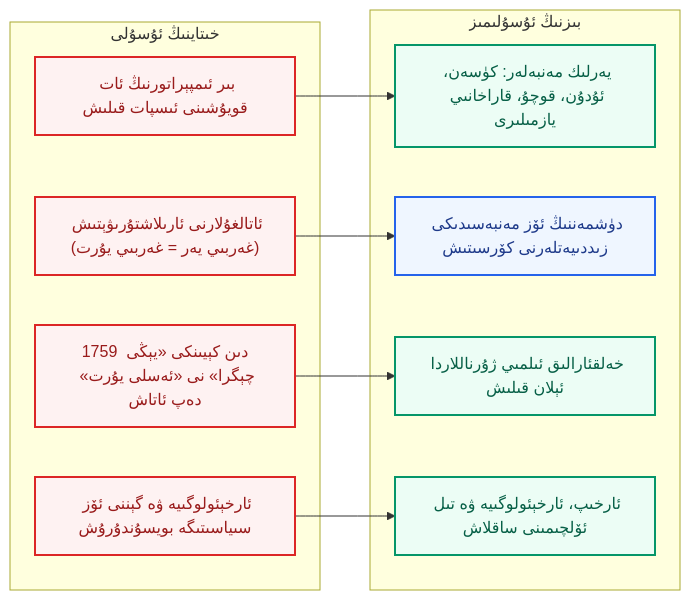
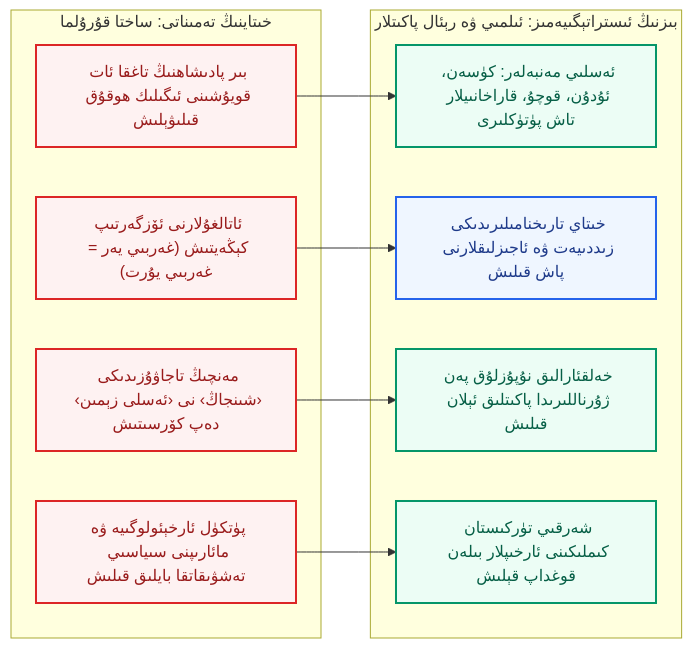
The fourth of 4 diagrams in _posts/2026-10-25-Kunlun-Medeniyiti-We-Sherqiy-Turkistan-Tarix-Burmilash.md (UyCoder/paydilar), drawn with Mermaid before and after one commit. The commit also changed other lines of this file and 2 other files, not shown here.

````diff
--- a/_posts/2026-10-25-Kunlun-Medeniyiti-We-Sherqiy-Turkistan-Tarix-Burmilash.md
+++ b/_posts/2026-10-25-Kunlun-Medeniyiti-We-Sherqiy-Turkistan-Tarix-Burmilash.md
@@ -202,23 +219,25 @@
 ```mermaid
 flowchart LR
     classDef bad fill:#fef2f2,stroke:#dc2626,stroke-width:2px,color:#991b1b;
     classDef good fill:#ecfdf5,stroke:#059669,stroke-width:2px,color:#065f46;
     classDef mid fill:#eff6ff,stroke:#2563eb,stroke-width:2px,color:#1e3a8a;
 
-    subgraph B["خىتاينىڭ ئۇسۇلى"]
-        B1["بىر ئىمپېراتورنىڭ ئات قويۇشىنى ئىسپات قىلىش"]:::bad
-        B2["ئاتالغۇلارنى ئارىلاشتۇرىۋېتىش (غەربىي يەر = غەربىي يۇرت)"]:::bad
-        B3["1759 دىن كېيىنكى «يېڭى چېگرا» نى «ئەسلى يۇرت» دەپ ئاتاش"]:::bad
-        B4["ئارخېئولوگىيە ۋە گېننى ئۆز سىياسىتىگە بويسۇندۇرۇش"]:::bad
+    subgraph B["خىتاينىڭ تەمىناتى: ساختا قۇرۇلما"]
+        B1["بىر پادىشاھنىڭ تاغقا ئات قويۇشىنى ئىگىلىك ھوقۇق قىلىۋېلىش"]:::bad
+        B2["ئاتالغۇلارنى ئۆزگەرتىپ كېڭەيتىش (غەربىي يەر = غەربىي يۇرت)"]:::bad
+        B3["مەنچىڭ تاجاۋۇزىدىكى ‹شىنجاڭ› نى ‹ئەسلى زېمىن› دەپ كۆرسىتىش"]:::bad
+        B4["پۈتكۈل ئارخېئولوگىيە ۋە مائارىپنى سىياسىي تەشۋىقاتقا بايلىق قىلىش"]:::bad
     end
-    subgraph G["بىزنىڭ ئۇسۇلىمىز"]
-        G1["يەرلىك مەنبەلەر: كۈسەن، ئۇدۇن، قوچۇ، قاراخانىي يازمىلىرى"]:::good
-        G2["دۈشمەننىڭ ئۆز مەنبەسىدىكى زىددىيەتلەرنى كۆرسىتىش"]:::mid
-        G3["خەلقئارالىق ئىلمىي ژۇرناللاردا ئېلان قىلىش"]:::good
-        G4["ئارخىپ، ئارخېئولوگىيە ۋە تىل ئۆلچىمىنى ساقلاش"]:::good
+    
+    subgraph G["بىزنىڭ ئىستراتېگىيەمىز: ئىلمىي ۋە رېئال پاكىتلار"]
+        G1["ئەسلىي مەنبەلەر: كۈسەن، ئۇدۇن، قوچۇ، قاراخانىيلار تاش پۈتۈكلىرى"]:::good
+        G2["خىتاي تارىخنامىلىرىدىكى زىددىيەت ۋە ئاجىزلىقلارنى پاش قىلىش"]:::mid
+        G3["خەلقئارالىق نۇپۇزلۇق پەن ژۇرناللىرىدا پاكىتلىق ئېلان قىلىش"]:::good
+        G4["شەرقىي تۈركىستان كىملىكىنى ئارخىپلار بىلەن قوغداپ قېلىش"]:::good
     end
+    
     B1 --> G1
     B2 --> G2
     B3 --> G3
     B4 --> G4
 ```
````
